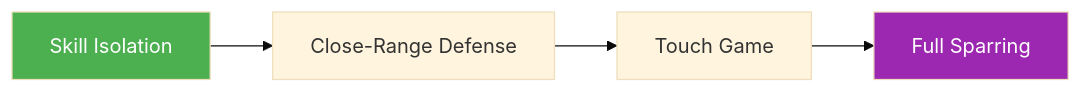
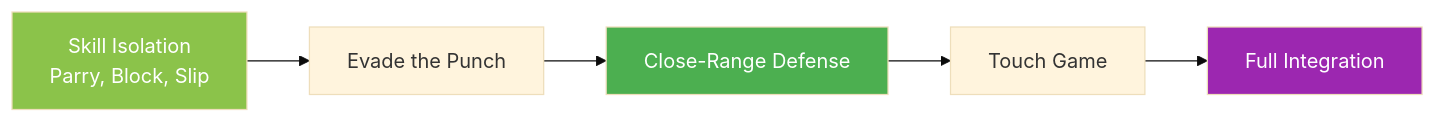
The second of 7 diagrams in docs/reference/prerequisites.md (ACalienes/Ecological-MMA-Game-System), drawn with Mermaid (base theme) before and after one commit. The commit also changed other lines of this file and 6 other files, not shown here.

````diff
--- a/docs/reference/prerequisites.md
+++ b/docs/reference/prerequisites.md
@@ -110,9 +135,11 @@
 ```mermaid
 flowchart LR
-    A[Skill Isolation] --> B[Close-Range Defense]
-    B --> C[Touch Game]
-    C --> D[Full Sparring]
+    A[Skill Isolation<br/>Parry, Block, Slip] --> B[Evade the Punch]
+    B --> C[Close-Range Defense]
+    C --> D[Touch Game]
+    D --> E[Full Integration]
 
-    style A fill:#4CAF50,color:#fff
-    style D fill:#9C27B0,color:#fff
+    style A fill:#8BC34A,color:#fff
+    style C fill:#4CAF50,color:#fff
+    style E fill:#9C27B0,color:#fff
 ```
````
